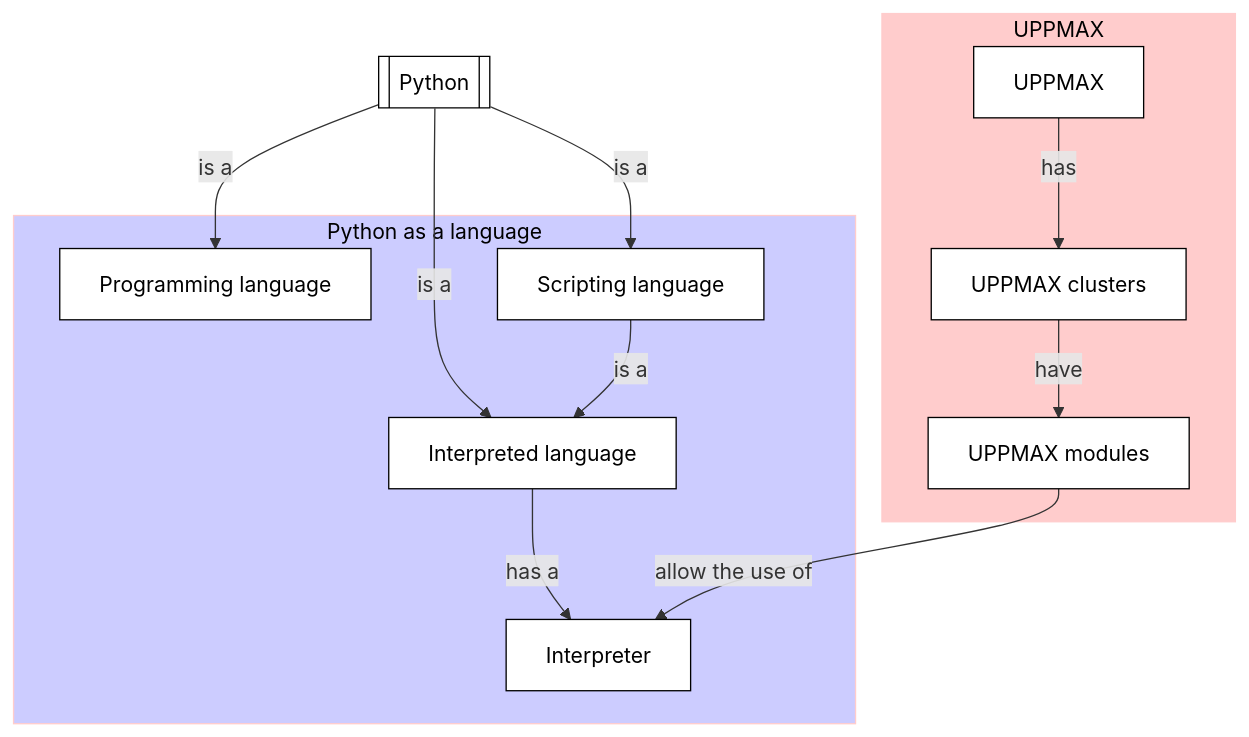
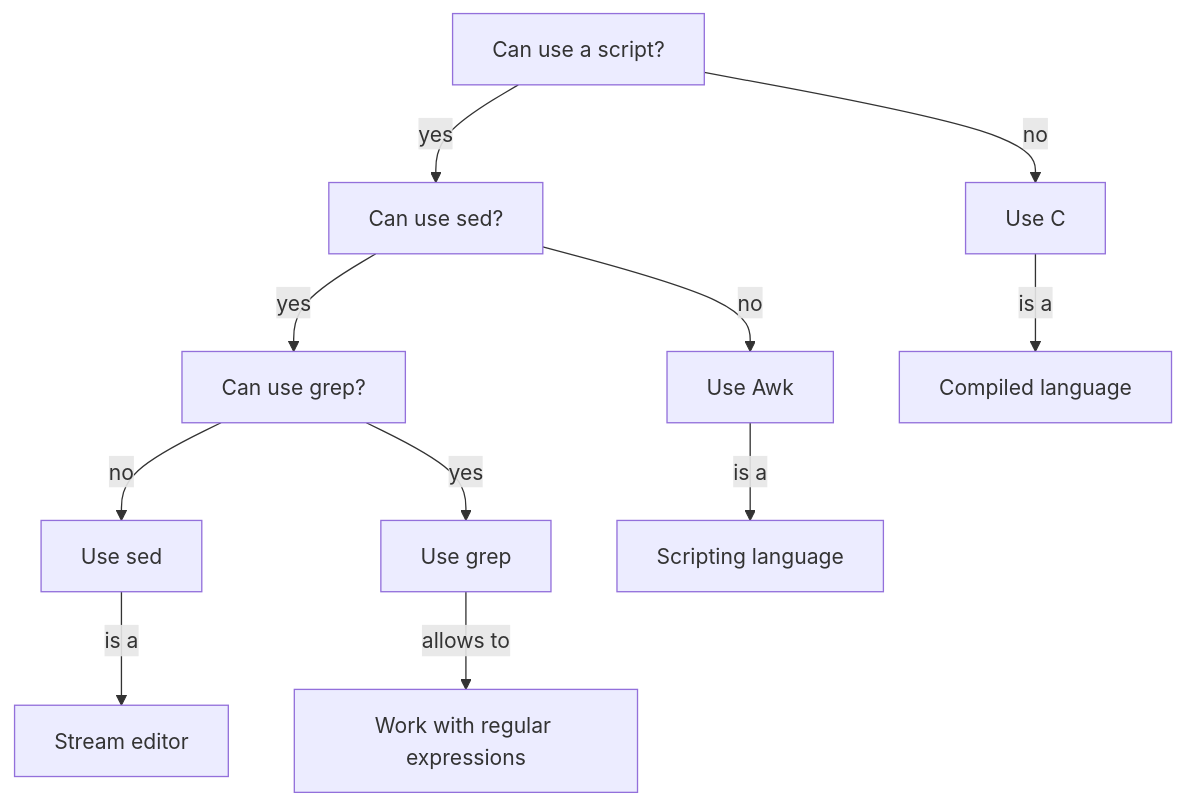
One commit to richelbilderbeek/awk_course changed the diagram in docs/morning_session/what_is_awk.md. Above: the diagram before and after it, drawn with Mermaid. The commit also changed other lines of this file, not shown here.

Commit message:
Progress

````diff
--- a/docs/morning_session/what_is_awk.md
+++ b/docs/morning_session/what_is_awk.md
@@ -41,54 +31,30 @@
 ```mermaid
 flowchart TD
-    python[[Python]]
 
-    %% Give a white background to all nodes, instead of a transparent one
-    classDef node fill:#fff,color:#000,stroke:#000
+  can_use_script[Can use a script?]
+  can_use_sed[Can use sed?]
+  can_use_grep[Can use grep?]
 
-    subgraph sub_programming_language[Python as a language]
-      interpreted_language[Interpreted language]
-      programming_language[Programming language]
-      scripting_language[Scripting language]
-      interpreter[Interpreter]
-      %% scripts[Scripts]
-      %% text_files[Text files]
-    end
-    style sub_programming_language fill:#ccf,color:#000,stroke:#fcc
+  awk[Use Awk]
+  c[Use C]
+  sed[Use sed]
+  grep[Use grep]
 
+  compiled_language[Compiled language]
+  scripting_language[Scripting language]
 
-    subgraph sub_uppmax[UPPMAX]
-      uppmax[UPPMAX]
-      uppmax_modules[UPPMAX modules]
-      uppmax_clusters[UPPMAX clusters]
-      %% text_editors[Text editors]
-      %%x_forwarding[X-forwarding]
-      %%remote_desktop[Remote desktop]
-    end
-    style sub_uppmax fill:#fcc,color:#000,stroke:#fcc
+  stream_editor[Stream editor]
+  work_with_regular_expressions[Work with regular expressions]
 
-    python --> |is a| programming_language
-    python --> |is a| interpreted_language
-    python --> |is a| scripting_language
+  awk --> |is a| scripting_language
+  c --> |is a| compiled_language
+  sed --> |is a| stream_editor
+  grep --> |allows to| work_with_regular_expressions
 
-    %% programming_language --> |uses| text_files
-    interpreted_language --> |has a| interpreter
-    scripting_language --> |is a|interpreted_language
-    %% scripting_language --> |runs| scripts
-    %% scripts --> |are| text_files
-    %% scripts --> |can use| command_line_arguments
-
-    uppmax --> |has| uppmax_clusters
-    uppmax_clusters --> |have| uppmax_modules
-    %%uppmax_clusters --> |have| text_editors
-    %%uppmax_clusters --> |allow| x_forwarding
-    %%uppmax_clusters --> |has| remote_desktop
-    %% uppmax_modules --> |allow the use of| python_packages
-    uppmax_modules --> |allow the use of| interpreter
-
-    %% text_editors --> |work on|text_files
-    %%x_forwarding --> |allows|graphics
-    %%remote_desktop --> |allows|graphics
-    
-
-    %% variables ~~~ uppmax
+  can_use_script --> |no| c
+  can_use_script --> |yes| can_use_sed
+  can_use_sed --> |no| awk
+  can_use_sed --> |yes| can_use_grep
+  can_use_grep --> |no| sed
+  can_use_grep --> |yes| grep
 ```
````
